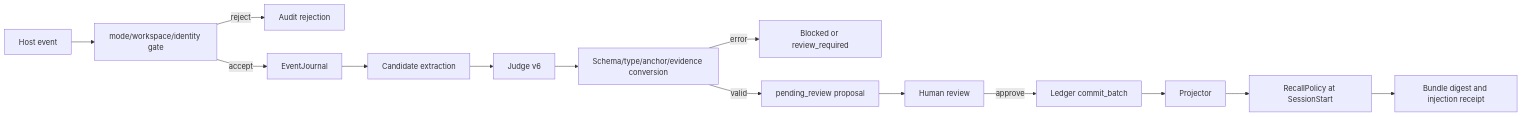
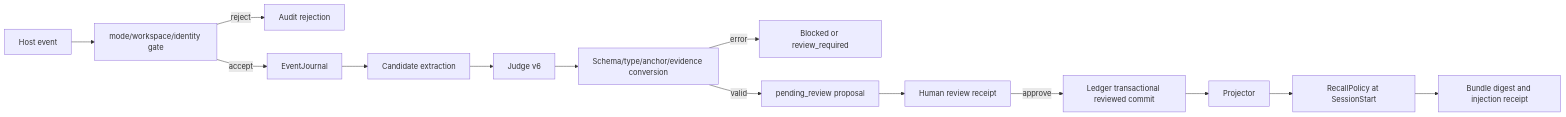
The diagram in docs/superpowers/specs/2026-09-08-normal-workspace-guarded-rollout-design.md (LLLLllll1234/SagaContext), drawn with Mermaid before and after one commit. The commit also changed other lines of this file, not shown here.

````diff
--- a/docs/superpowers/specs/2026-09-08-normal-workspace-guarded-rollout-design.md
+++ b/docs/superpowers/specs/2026-09-08-normal-workspace-guarded-rollout-design.md
@@ -47,16 +77,16 @@
 ```mermaid
 flowchart LR
     A[Host event] --> B[mode/workspace/identity gate]
     B -->|reject| X[Audit rejection]
     B -->|accept| C[EventJournal]
     C --> D[Candidate extraction]
     D --> E[Judge v6]
     E --> F[Schema/type/anchor/evidence conversion]
     F -->|error| G[Blocked or review_required]
     F -->|valid| H[pending_review proposal]
-    H --> I[Human review]
-    I -->|approve| J[Ledger commit_batch]
+    H --> I[Human review receipt]
+    I -->|approve| J[Ledger transactional reviewed commit]
     J --> K[Projector]
     K --> L[RecallPolicy at SessionStart]
     L --> M[Bundle digest and injection receipt]
 ```
````
